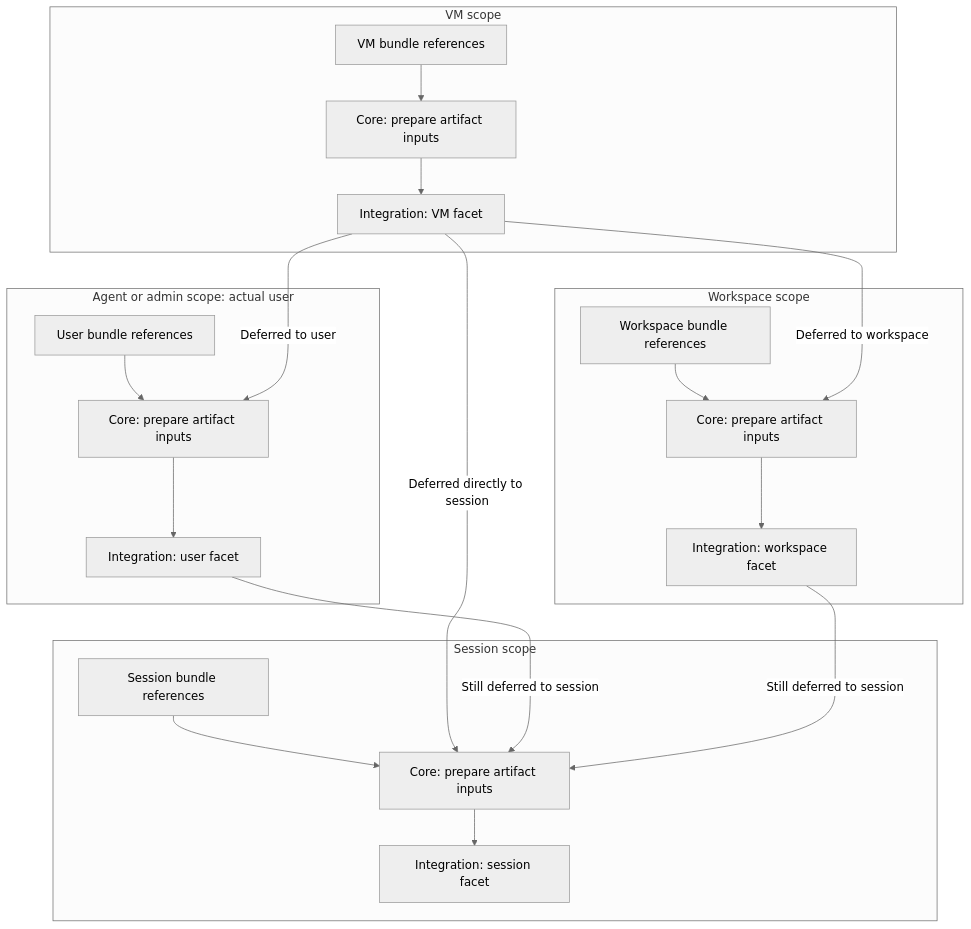
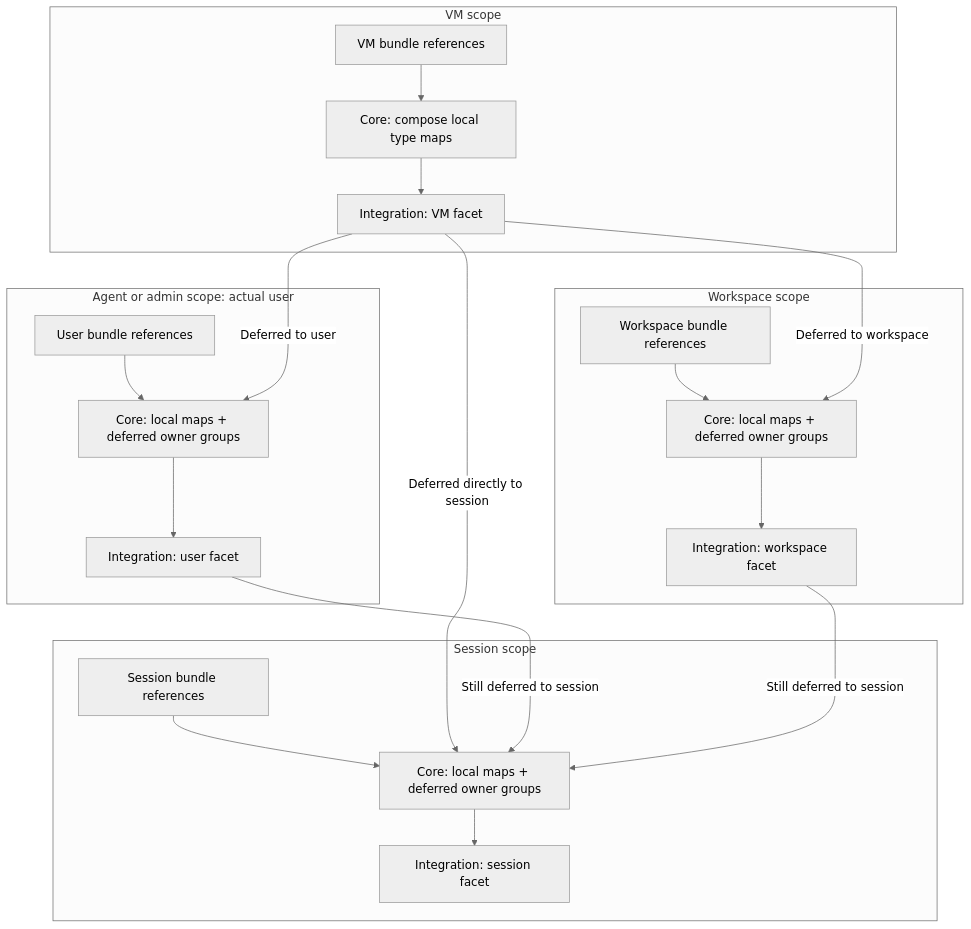
The diagram in docs/sdd/2026-09-12-agent-artifacts/hla.md (WayfarerLabs/agentworks), drawn with Mermaid (neutral theme) before and after one commit. The commit also changed other lines of this file and 3 other files, not shown here.

First line of the commit message:
docs: specify artifact type maps and scope preservation

````diff
--- a/docs/sdd/2026-09-12-agent-artifacts/hla.md
+++ b/docs/sdd/2026-09-12-agent-artifacts/hla.md
@@ -33,34 +33,34 @@
 ```mermaid
 flowchart TB
     subgraph VM["VM scope"]
-        VB["VM bundle references"] --> VC["Core: prepare artifact inputs"]
+        VB["VM bundle references"] --> VC["Core: compose local type maps"]
         VC --> VF["Integration: VM facet"]
     end
 
     subgraph USER["Agent or admin scope: actual user"]
-        UB["User bundle references"] --> UC["Core: prepare artifact inputs"]
+        UB["User bundle references"] --> UC["Core: local maps + deferred owner groups"]
         UC --> UF["Integration: user facet"]
     end
 
     subgraph WORKSPACE["Workspace scope"]
-        WB["Workspace bundle references"] --> WC["Core: prepare artifact inputs"]
+        WB["Workspace bundle references"] --> WC["Core: local maps + deferred owner groups"]
         WC --> WF["Integration: workspace facet"]
     end
 
     subgraph SESSION["Session scope"]
-        SB["Session bundle references"] --> SC["Core: prepare artifact inputs"]
+        SB["Session bundle references"] --> SC["Core: local maps + deferred owner groups"]
         SC --> SF["Integration: session facet"]
     end
 
     VF -->|Deferred to user| UC
     VF -->|Deferred to workspace| WC
     VF -->|Deferred directly to session| SC
     UF -->|Still deferred to session| SC
     WF -->|Still deferred to session| SC
 
     %% Align local bundle inputs with their owning scope in the flow.
     VF ~~~ UB
     VF ~~~ WB
     UF ~~~ SB
     WF ~~~ SB
 ```
````
